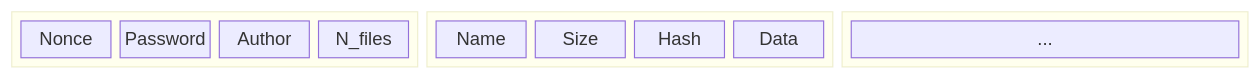
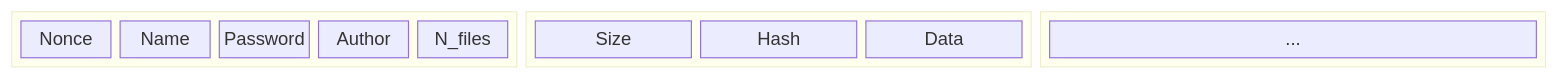
Before and after one commit to diogoftm/TPDV: diagram 11 of 11 in docs/report.md, drawn with Mermaid. The commit also changed other lines of this file and 1 other file, not shown here.

````diff
--- a/docs/report.md
+++ b/docs/report.md
@@ -445,18 +235,19 @@
 ```mermaid
 block-beta
     block
         Nonce
+        Name
         Password
         Author
         N_files
     end
     block
       Name
       Size
       Hash
       Data
     end
     block
       ...
     end
 ```
````
